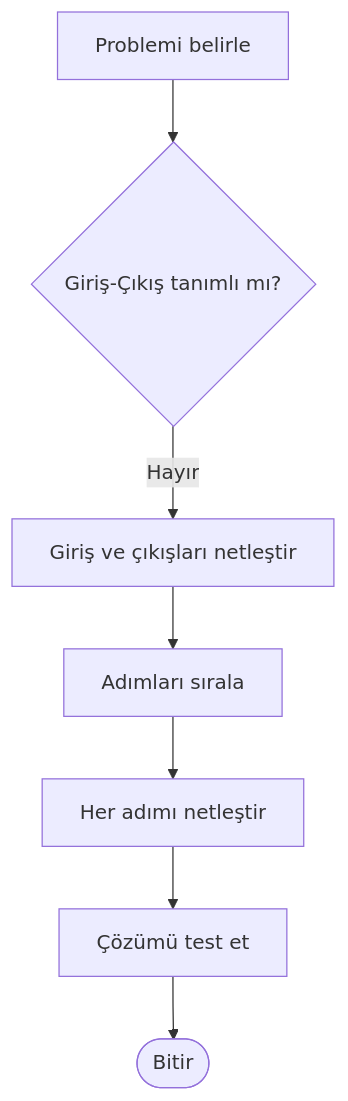
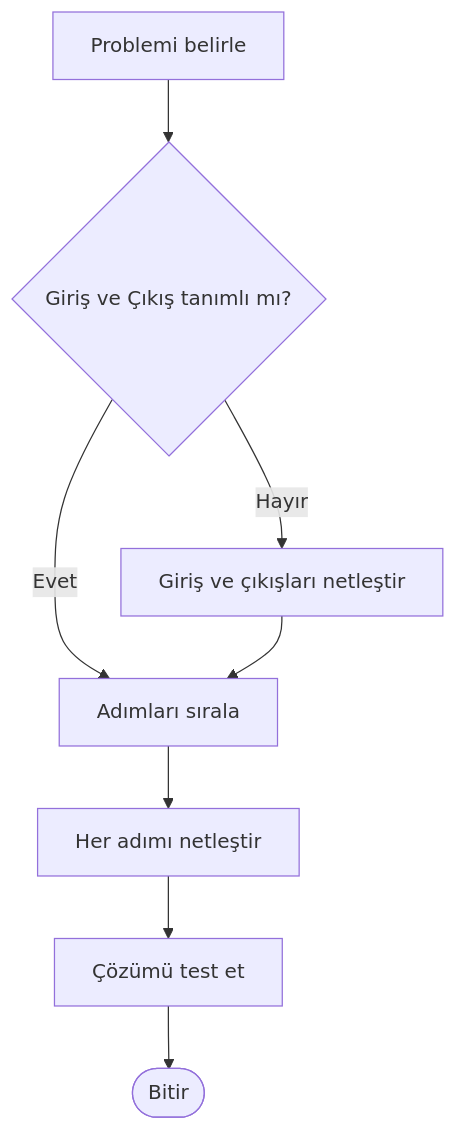
The third of 6 diagrams in Topics/01-What-Is-Algorithm.md (abdullatifkaban/Algorithm), drawn with Mermaid before and after one commit. The commit also changed other lines of this file, not shown here.

````diff
--- a/Topics/01-What-Is-Algorithm.md
+++ b/Topics/01-What-Is-Algorithm.md
@@ -124,9 +125,10 @@
 ```mermaid
 flowchart TD
-    A[Problemi belirle] --> B{Giriş-Çıkış tanımlı mı?}
+    A[Problemi belirle] --> B{Giriş ve Çıkış tanımlı mı?}
     B -->|Hayır| C[Giriş ve çıkışları netleştir]
-    C --> D[Adımları sırala]
+    B -->|Evet| D[Adımları sırala]
+    C --> D
     D --> E[Her adımı netleştir]
     E --> F[Çözümü test et]
     F --> G([Bitir])
 ```
````
